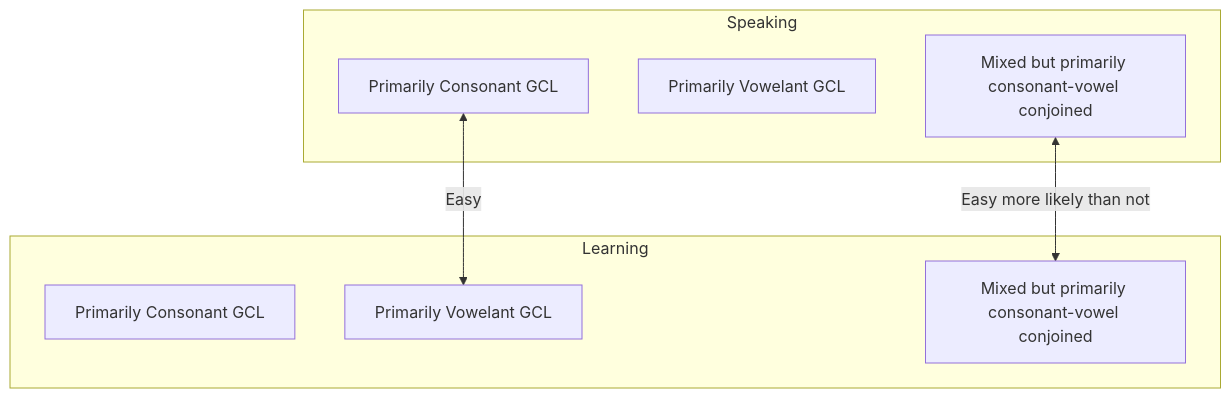
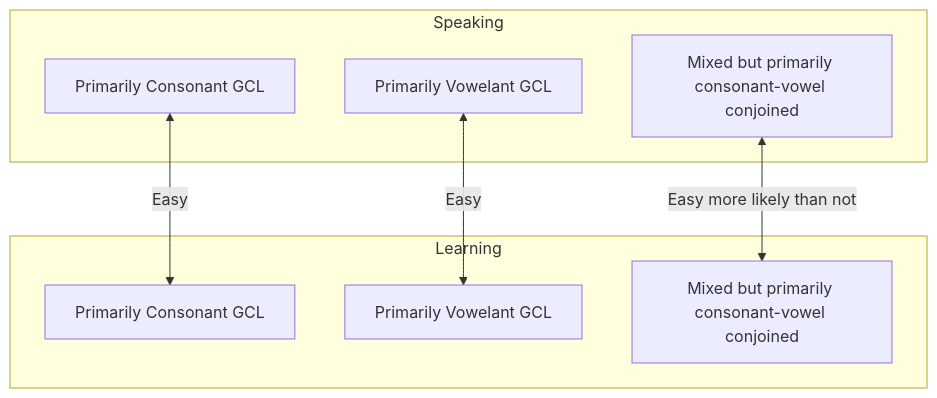
Before and after one commit to bendqh1/mermaid: the diagram in general_communication_languages_categorization_for_learning.md, drawn with Mermaid.

````diff
--- a/general_communication_languages_categorization_for_learning.md
+++ b/general_communication_languages_categorization_for_learning.md
@@ -11,18 +11,19 @@
 ```mermaid
 flowchart TD
 
   subgraph A [Speaking]
     A1[Primarily Consonant GCL]
     A2[Primarily Vowelant GCL]
     A3[Mixed but primarily consonant-vowel conjoined]
   end
 
   subgraph B [Learning]
     B1[Primarily Consonant GCL]
     B2[Primarily Vowelant GCL]
     B3[Mixed but primarily consonant-vowel conjoined]
   end
 
-  A1 <-->|Easy| B2
+  A1 <-->|Easy| B1
+  A2 <-->|Easy| B2
   A3 <-->|Easy more likely than not| B3
 ```
````
